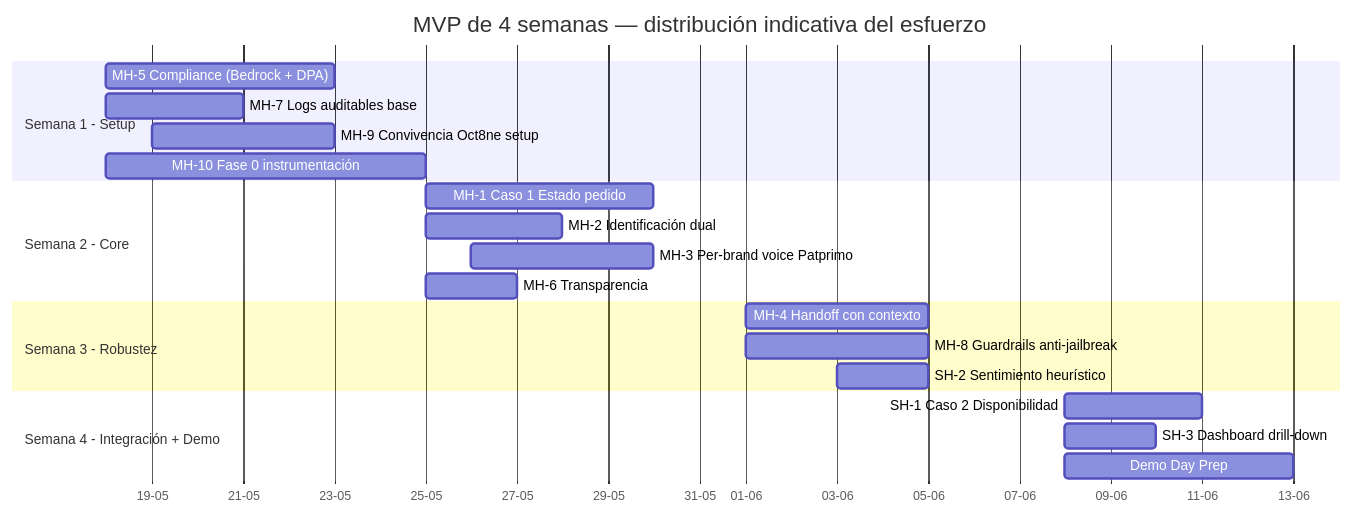
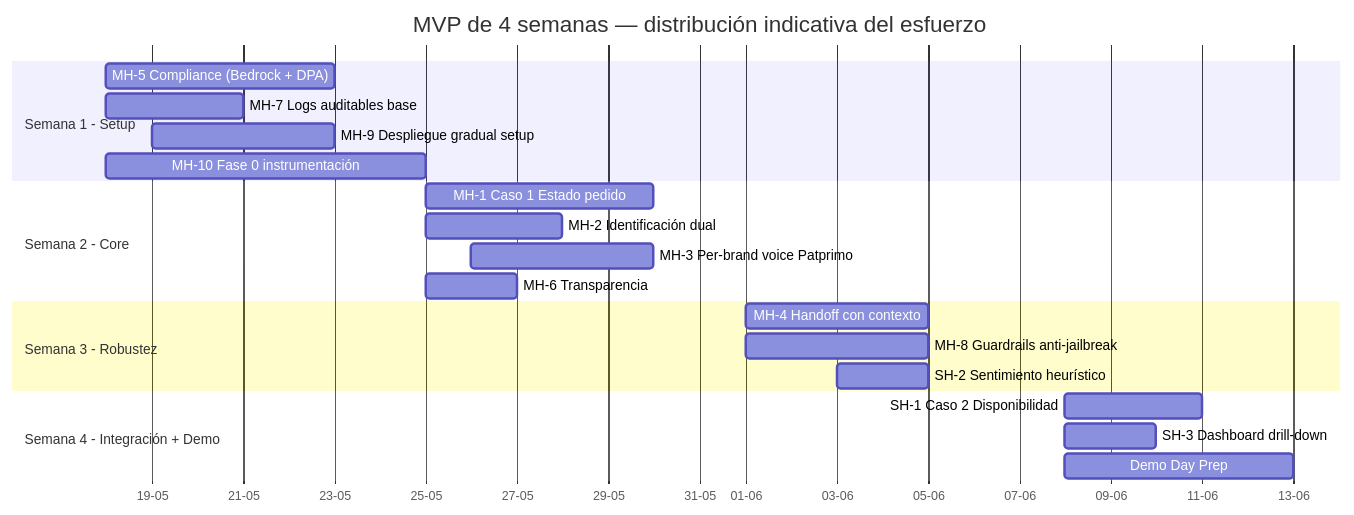
The seventh of 12 diagrams in ai-dlc/prd.md (JohanSosaDev/Shopper_Assistant_chatboot), drawn with Mermaid before and after one commit. The commit also changed other lines of this file and 14 other files, not shown here.

````diff
--- a/ai-dlc/prd.md
+++ b/ai-dlc/prd.md
@@ -891,28 +891,28 @@
 ```mermaid
 gantt
     title MVP de 4 semanas — distribución indicativa del esfuerzo
     dateFormat YYYY-MM-DD
     axisFormat %d-%m
 
     section Semana 1 - Setup
     MH-5 Compliance (Bedrock + DPA)   :a1, 2026-05-18, 5d
     MH-7 Logs auditables base         :a2, 2026-05-18, 3d
-    MH-9 Convivencia Oct8ne setup     :a3, 2026-05-19, 4d
+    MH-9 Despliegue gradual setup     :a3, 2026-05-19, 4d
     MH-10 Fase 0 instrumentación      :a4, 2026-05-18, 7d
 
     section Semana 2 - Core
     MH-1 Caso 1 Estado pedido         :b1, 2026-05-25, 5d
     MH-2 Identificación dual          :b2, 2026-05-25, 3d
     MH-3 Per-brand voice Patprimo     :b3, 2026-05-26, 4d
     MH-6 Transparencia                :b4, 2026-05-25, 2d
 
     section Semana 3 - Robustez
     MH-4 Handoff con contexto         :c1, 2026-06-01, 4d
     MH-8 Guardrails anti-jailbreak    :c2, 2026-06-01, 4d
     SH-2 Sentimiento heurístico       :c3, 2026-06-03, 2d
 
     section Semana 4 - Integración + Demo
     SH-1 Caso 2 Disponibilidad        :d1, 2026-06-08, 3d
     SH-3 Dashboard drill-down         :d2, 2026-06-08, 2d
     Demo Day Prep                     :d3, 2026-06-08, 5d
 ```
````
